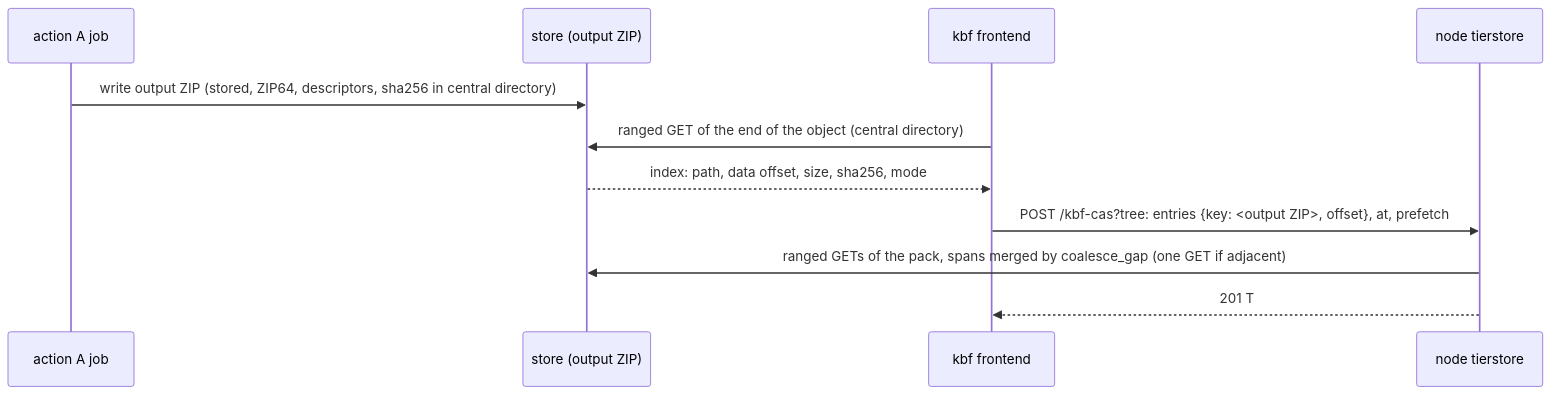
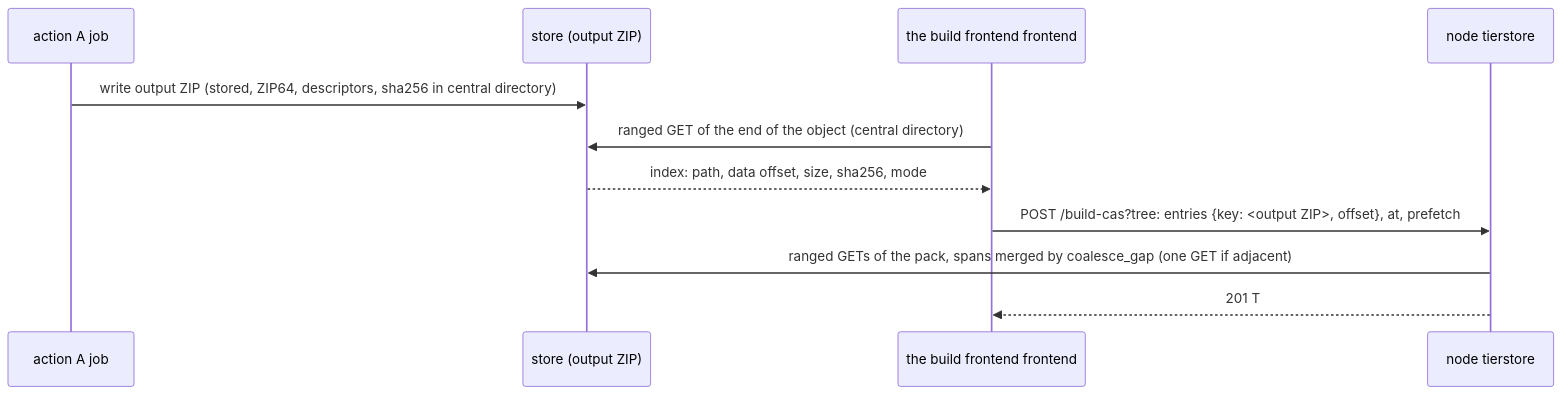
One commit to komira-ai/tierstore changed the third of 3 diagrams in docs/design/node-local-trees.md. Above: the diagram before and after it, drawn with Mermaid. The commit also changed other lines of this file, not shown here.

Commit message:
Node-local trees design: name the build frontend generically so the banned-name check passes

````diff
--- a/docs/design/node-local-trees.md
+++ b/docs/design/node-local-trees.md
@@ -449,13 +449,13 @@
 ```mermaid
 sequenceDiagram
     participant A as action A job
     participant S as store (output ZIP)
-    participant K as kbf frontend
+    participant K as the build frontend frontend
     participant N as node tierstore
     A->>S: write output ZIP (stored, ZIP64, descriptors, sha256 in central directory)
     K->>S: ranged GET of the end of the object (central directory)
     S-->>K: index: path, data offset, size, sha256, mode
-    K->>N: POST /kbf-cas?tree: entries {key: <output ZIP>, offset}, at, prefetch
+    K->>N: POST /build-cas?tree: entries {key: <output ZIP>, offset}, at, prefetch
     N->>S: ranged GETs of the pack, spans merged by coalesce_gap (one GET if adjacent)
     N-->>K: 201 T
 ```
````
